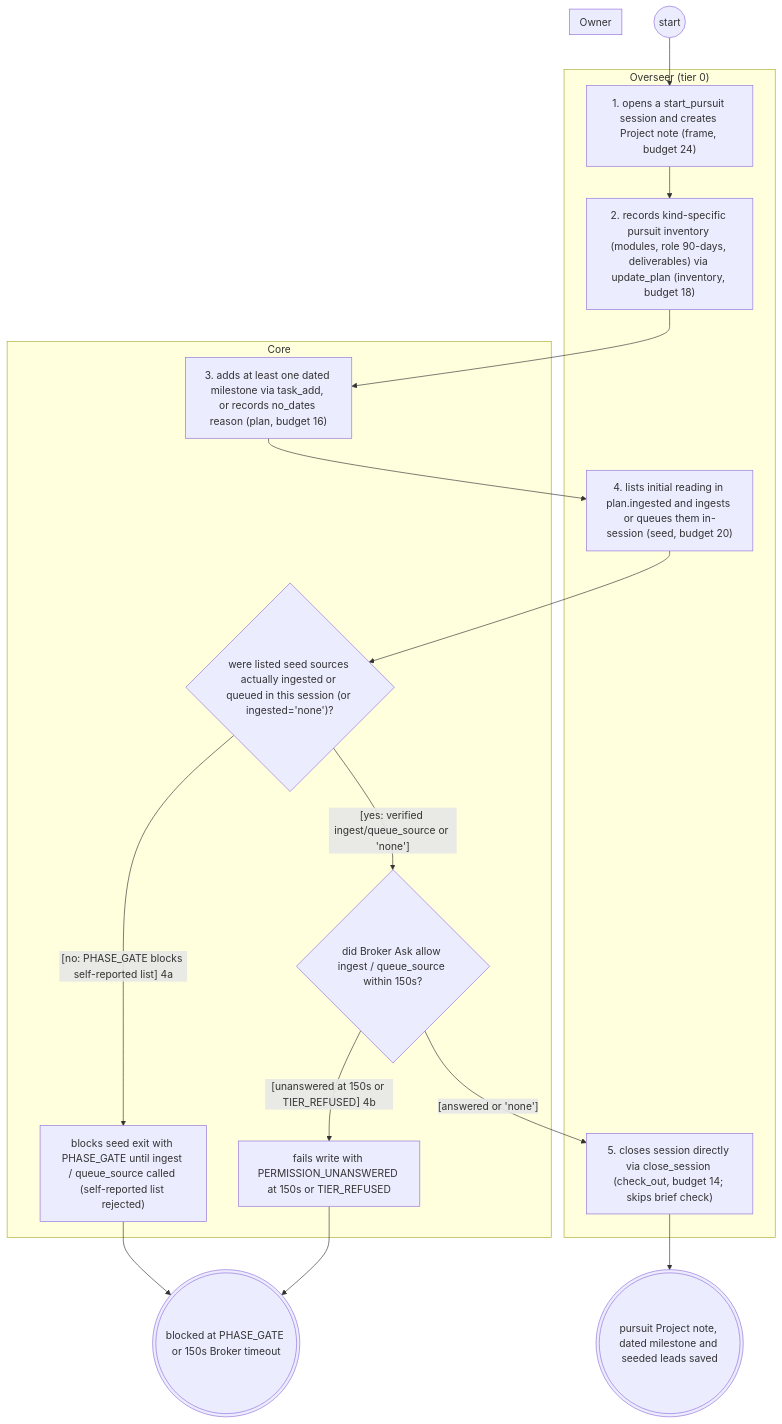
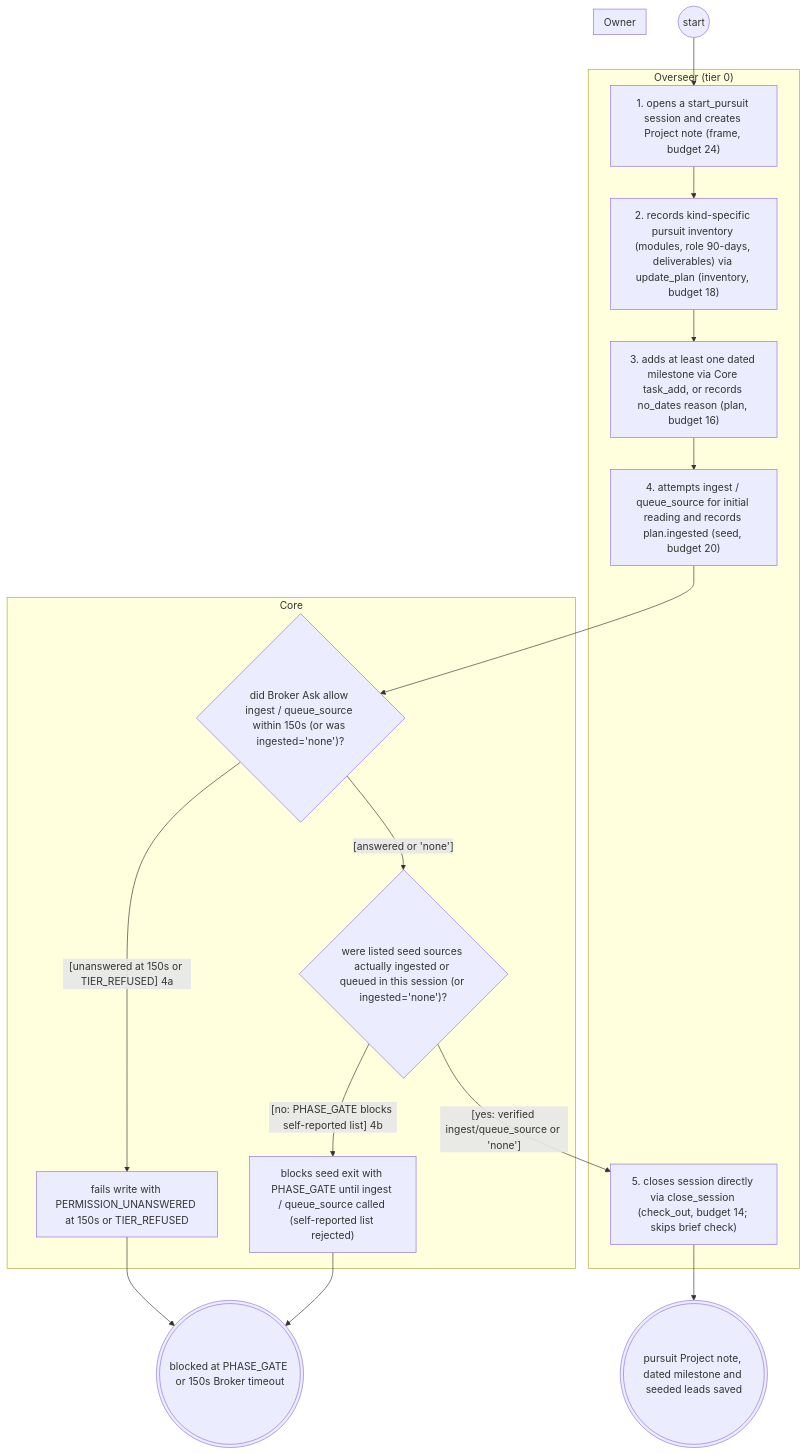
Before and after one commit to Jake36999/Librarian_V2: the diagram in reports/2026-11-25-systems-analysis-finalisation/librarian/as-is/views/start-pursuit.views.md, drawn with Mermaid. The commit also changed other lines of this file and 35 other files, not shown here.

````diff
--- a/reports/2026-11-25-systems-analysis-finalisation/librarian/as-is/views/start-pursuit.views.md
+++ b/reports/2026-11-25-systems-analysis-finalisation/librarian/as-is/views/start-pursuit.views.md
@@ -41,34 +41,34 @@
 ```mermaid
 flowchart TD
   subgraph Owner["Owner"]
   end
   subgraph Overseer_tier_0_["Overseer (tier 0)"]
     frame["1. opens a start_pursuit session and creates Project note (frame, budget 24)"]
     inv["2. records kind-specific pursuit inventory (modules, role 90-days, deliverables) via update_plan (inventory, budget 18)"]
-    seed["4. lists initial reading in plan.ingested and ingests or queues them in-session (seed, budget 20)"]
+    plan["3. adds at least one dated milestone via Core task_add, or records no_dates reason (plan, budget 16)"]
+    seed["4. attempts ingest / queue_source for initial reading and records plan.ingested (seed, budget 20)"]
     checkout["5. closes session directly via close_session (check_out, budget 14; skips brief check)"]
   end
   subgraph Core["Core"]
-    plan["3. adds at least one dated milestone via task_add, or records no_dates reason (plan, budget 16)"]
+    dbroker{"did Broker Ask allow ingest / queue_source within 150s (or was ingested='none')?"}
+    timeout["fails write with PERMISSION_UNANSWERED at 150s or TIER_REFUSED"]
     dseed{"were listed seed sources actually ingested or queued in this session (or ingested='none')?"}
     fixseed["blocks seed exit with PHASE_GATE until ingest / queue_source called (self-reported list rejected)"]
-    dbroker{"did Broker Ask allow ingest / queue_source within 150s?"}
-    timeout["fails write with PERMISSION_UNANSWERED at 150s or TIER_REFUSED"]
   end
   s(("start"))
   e1((("pursuit Project note, dated milestone and seeded leads saved")))
   e_paused((("blocked at PHASE_GATE or 150s Broker timeout")))
   s --> frame
   frame --> inv
   inv --> plan
   plan --> seed
-  seed --> dseed
-  dseed -->|"[yes: verified ingest/queue_source or 'none']"| dbroker
-  dseed -->|"[no: PHASE_GATE blocks self-reported list] 4a"| fixseed
+  seed --> dbroker
+  dbroker -->|"[answered or 'none']"| dseed
+  dbroker -->|"[unanswered at 150s or TIER_REFUSED] 4a"| timeout
+  timeout --> e_paused
+  dseed -->|"[yes: verified ingest/queue_source or 'none']"| checkout
+  dseed -->|"[no: PHASE_GATE blocks self-reported list] 4b"| fixseed
   fixseed --> e_paused
-  dbroker -->|"[answered or 'none']"| checkout
-  dbroker -->|"[unanswered at 150s or TIER_REFUSED] 4b"| timeout
-  timeout --> e_paused
   checkout --> e1
   classDef ext stroke:#d9534f,stroke-width:2px
 ```
````
